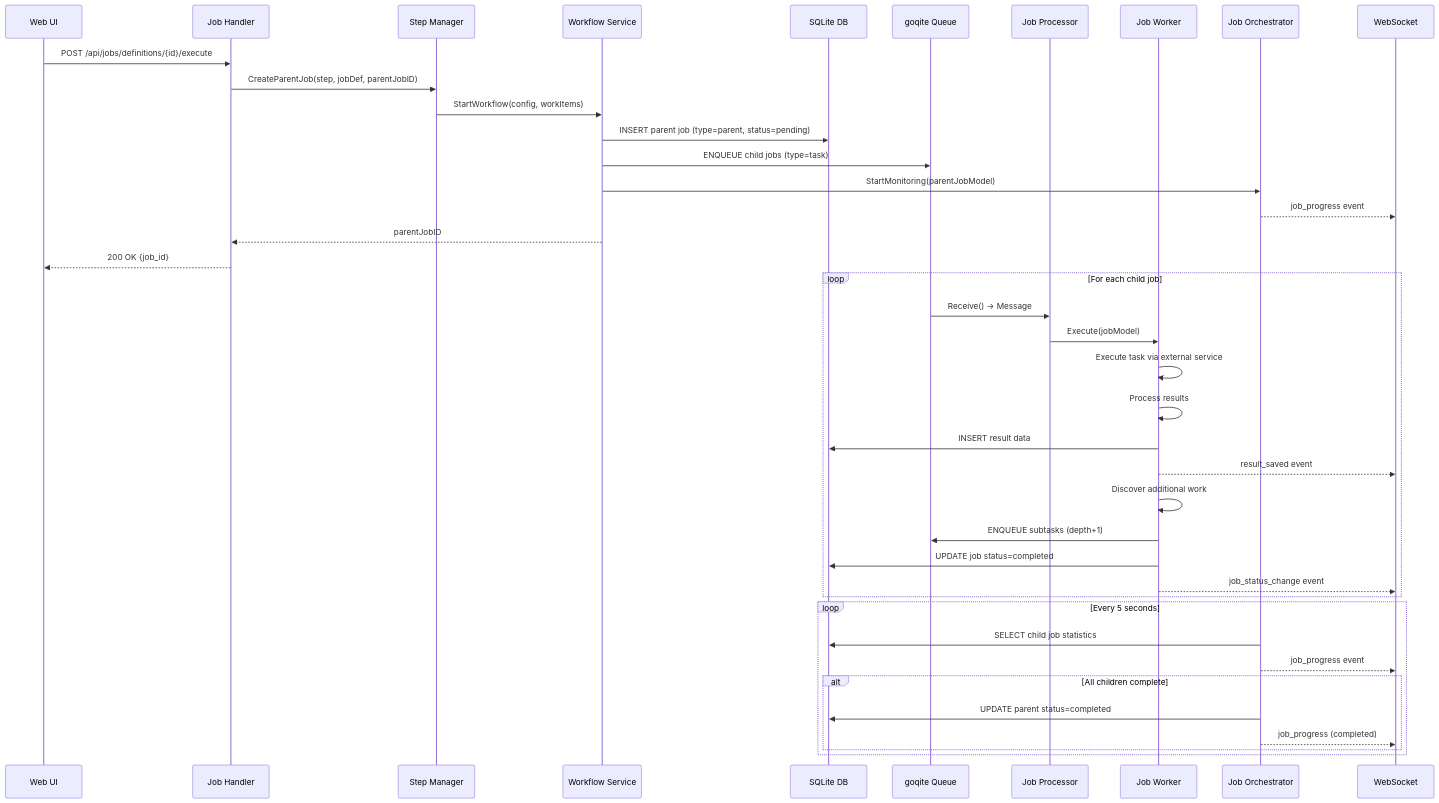
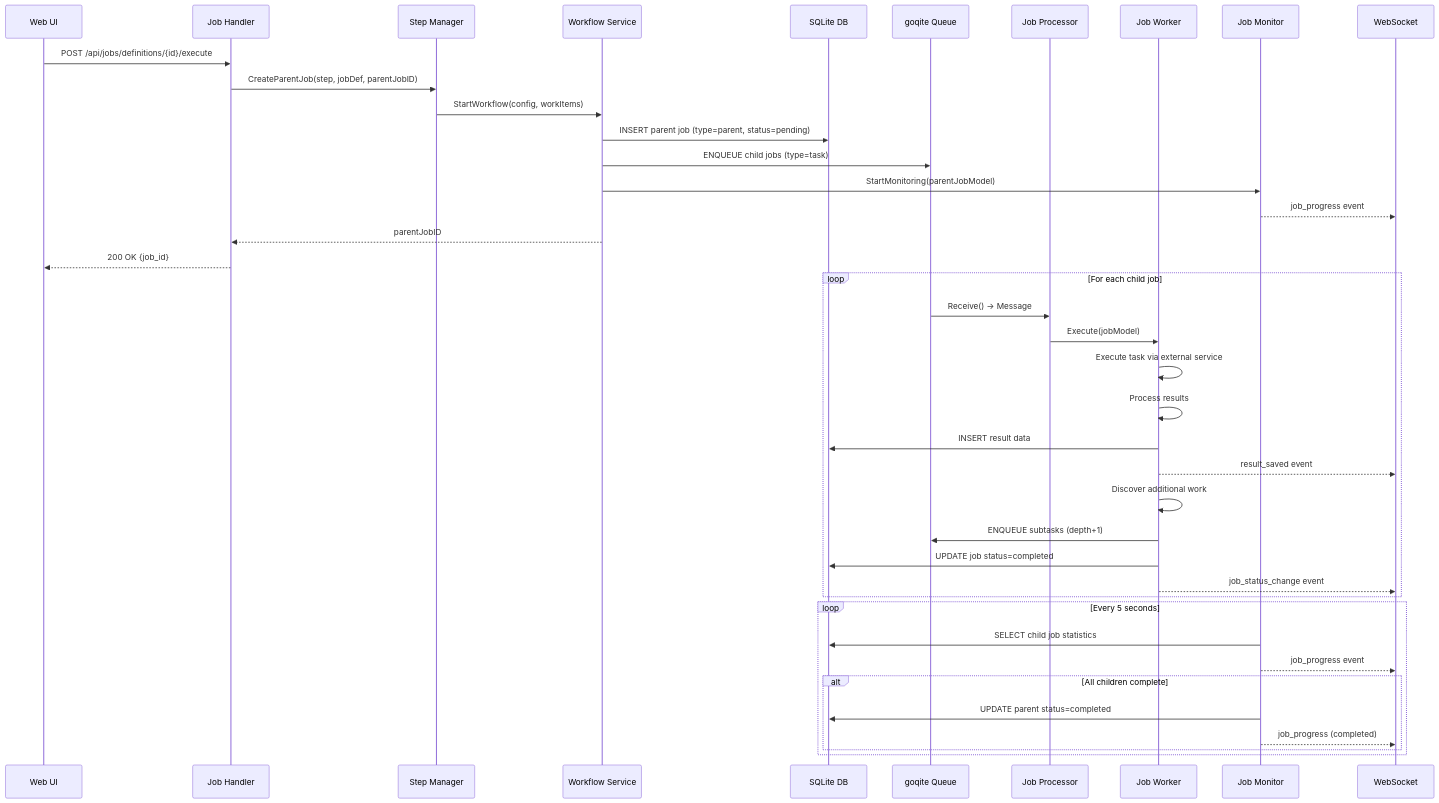
The second of 2 diagrams in docs/architecture/MANAGER_WORKER_ARCHITECTURE.md (ternarybob/quaero), drawn with Mermaid before and after one commit. The commit also changed other lines of this file and 13 other files, not shown here.

First line of the commit message:
refactor: Rename JobOrchestrator to JobMonitor for clarity

````diff
--- a/docs/architecture/MANAGER_WORKER_ARCHITECTURE.md
+++ b/docs/architecture/MANAGER_WORKER_ARCHITECTURE.md
@@ -246,48 +246,48 @@
 ```mermaid
 sequenceDiagram
     participant UI as Web UI
     participant Handler as Job Handler
     participant Manager as Step Manager
     participant Service as Workflow Service
     participant DB as SQLite DB
     participant Queue as goqite Queue
     participant Processor as Job Processor
     participant Worker as Job Worker
-    participant Orchestrator as Job Orchestrator
+    participant Monitor as Job Monitor
     participant WS as WebSocket
 
     %% Phase 1: Job Creation (Orchestration Layer)
     UI->>Handler: POST /api/jobs/definitions/{id}/execute
     Handler->>Manager: CreateParentJob(step, jobDef, parentJobID)
     Manager->>Service: StartWorkflow(config, workItems)
     Service->>DB: INSERT parent job (type=parent, status=pending)
     Service->>Queue: ENQUEUE child jobs (type=task)
-    Service->>Orchestrator: StartMonitoring(parentJobModel)
-    Orchestrator-->>WS: job_progress event
+    Service->>Monitor: StartMonitoring(parentJobModel)
+    Monitor-->>WS: job_progress event
     Service-->>Handler: parentJobID
     Handler-->>UI: 200 OK {job_id}
 
     %% Phase 2: Job Execution (Worker Layer)
     loop For each child job
         Queue->>Processor: Receive() -> Message
         Processor->>Worker: Execute(jobModel)
         Worker->>Worker: Execute task via external service
         Worker->>Worker: Process results
         Worker->>DB: INSERT result data
         Worker-->>WS: result_saved event
         Worker->>Worker: Discover additional work
         Worker->>Queue: ENQUEUE subtasks (depth+1)
         Worker->>DB: UPDATE job status=completed
         Worker-->>WS: job_status_change event
     end
 
-    %% Phase 3: Progress Monitoring (Orchestration Layer)
+    %% Phase 3: Progress Monitoring (Monitor Layer)
     loop Every 5 seconds
-        Orchestrator->>DB: SELECT child job statistics
-        Orchestrator-->>WS: job_progress event
+        Monitor->>DB: SELECT child job statistics
+        Monitor-->>WS: job_progress event
         alt All children complete
-            Orchestrator->>DB: UPDATE parent status=completed
-            Orchestrator-->>WS: job_progress (completed)
+            Monitor->>DB: UPDATE parent status=completed
+            Monitor-->>WS: job_progress (completed)
         end
     end
 ```
````
